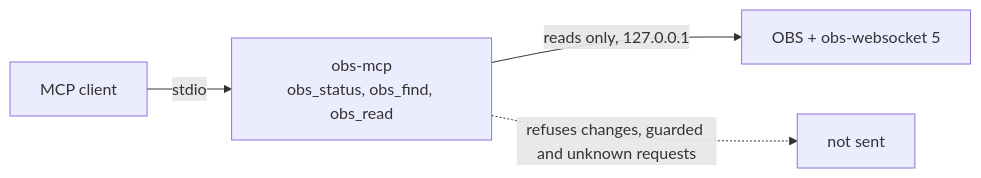
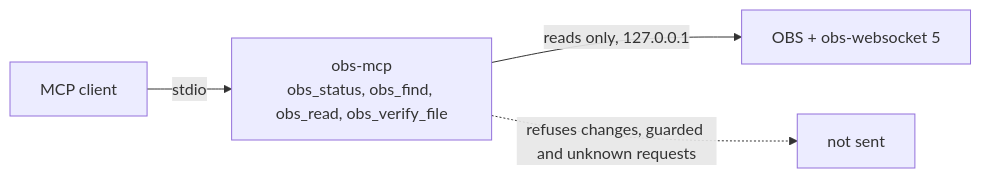
The diagram in README.md (erickb336/obs-mcp), drawn with Mermaid before and after one commit. The commit also changed other lines of this file and 10 other files, not shown here.

First line of the commit message:
T5: file verifier and obs_verify_file (release 0.1) (#3)

````diff
--- a/README.md
+++ b/README.md
@@ -13,6 +13,6 @@
 ```mermaid
 flowchart LR
-  A[MCP client] -- stdio --> S[obs-mcp<br/>obs_status, obs_find, obs_read]
+  A[MCP client] -- stdio --> S[obs-mcp<br/>obs_status, obs_find, obs_read, obs_verify_file]
   S -- reads only, 127.0.0.1 --> O[OBS + obs-websocket 5]
   S -. refuses changes, guarded and unknown requests .-> X[not sent]
 ```
````
